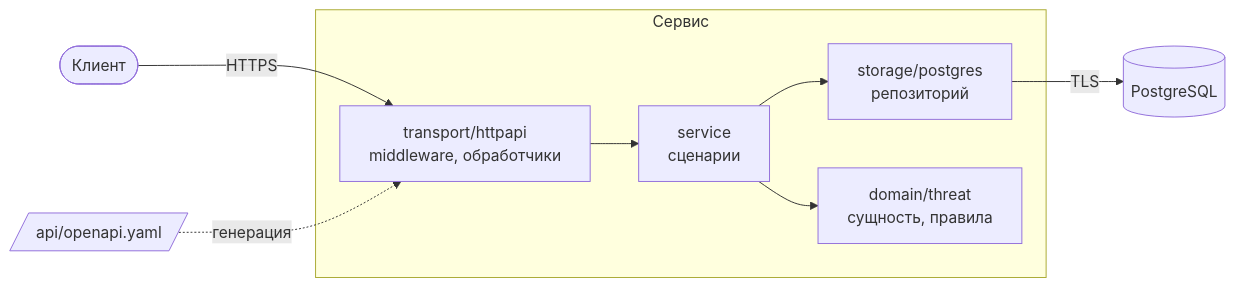
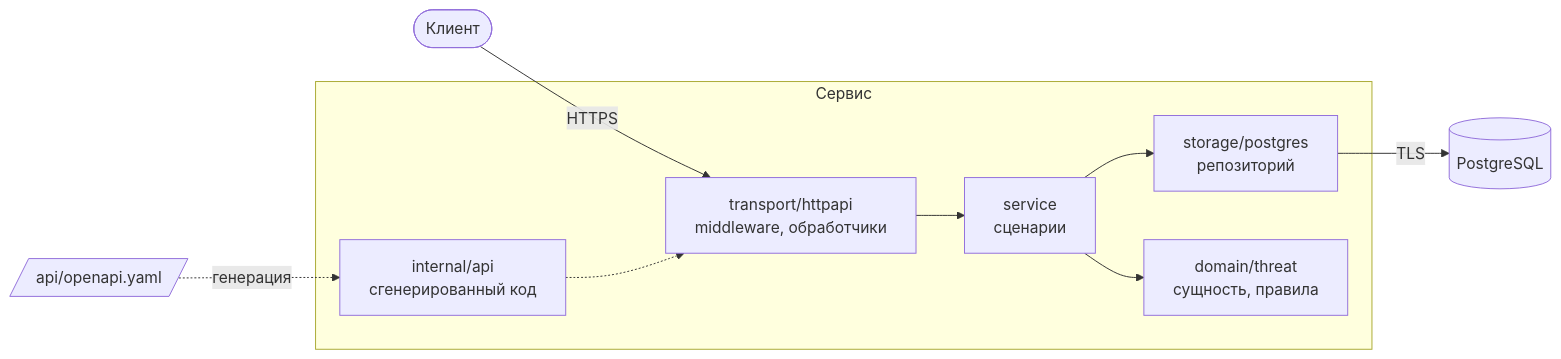
Before and after one commit to cldsty/threat-exchange: the diagram in docs/architecture.md, drawn with Mermaid. The commit also changed other lines of this file, not shown here.

First line of the commit message:
Correct the architecture diagram

````diff
--- a/docs/architecture.md
+++ b/docs/architecture.md
@@ -5,18 +5,20 @@
 ```mermaid
 flowchart LR
     client([Клиент]) -->|HTTPS| http
 
     subgraph app[Сервис]
+        api["internal/api<br/>сгенерированный код"]
         http["transport/httpapi<br/>middleware, обработчики"]
         service["service<br/>сценарии"]
         repo["storage/postgres<br/>репозиторий"]
         domain["domain/threat<br/>сущность, правила"]
 
+        api -.-> http
         http --> service
         service --> repo
         service --> domain
     end
 
     repo -->|TLS| db[(PostgreSQL)]
-    spec[/"api/openapi.yaml"/] -.->|генерация| http
+    spec[/"api/openapi.yaml"/] -.->|генерация| api
 ```
````
